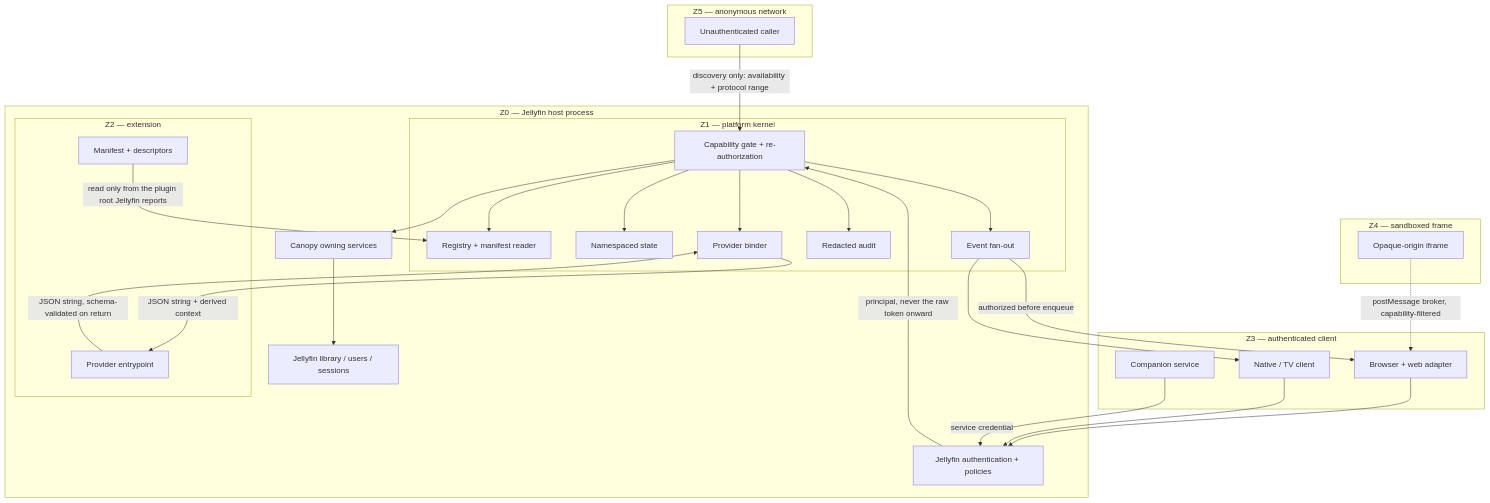
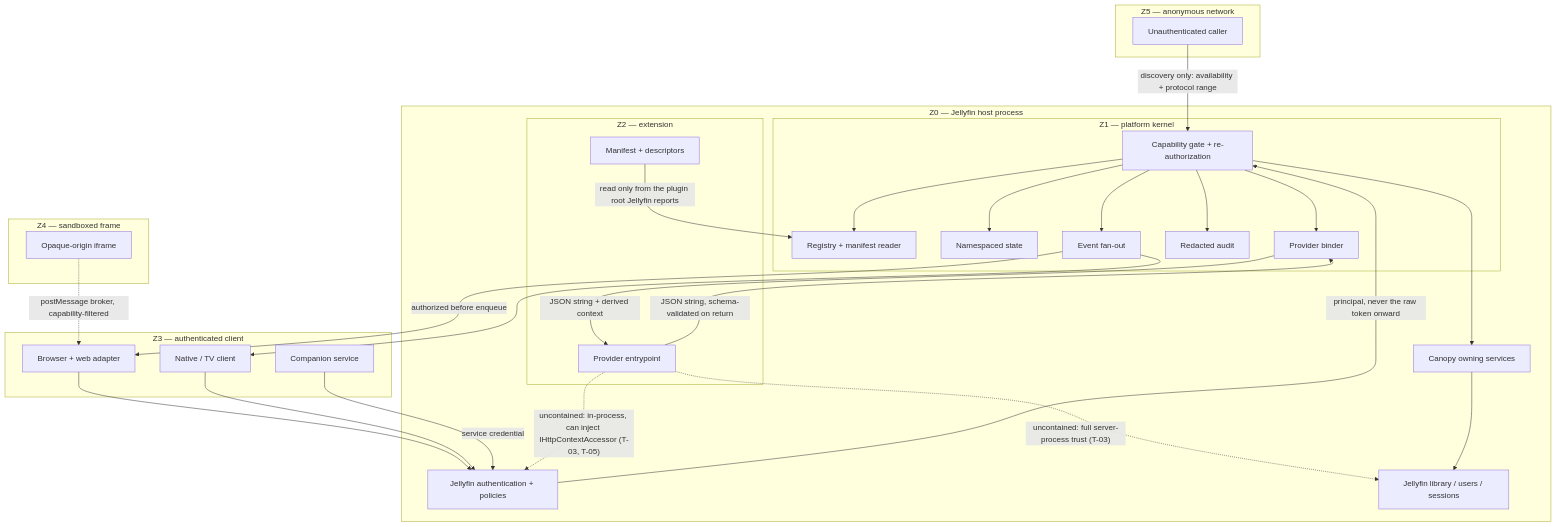
Before and after one commit to 4eh5xitv6787h645ebv/Jellyfin-Canopy: the diagram in research/extension-platform/threat-model.md, drawn with Mermaid. The commit also changed other lines of this file and 18 other files, not shown here.

First line of the commit message:
research: resolve adversarial architecture review findings

````diff
--- a/research/extension-platform/threat-model.md
+++ b/research/extension-platform/threat-model.md
@@ -24,50 +24,52 @@
 ```mermaid
 flowchart TB
   subgraph Z5["Z5 — anonymous network"]
     ANON["Unauthenticated caller"]
   end
   subgraph Z3["Z3 — authenticated client"]
     WEB["Browser + web adapter"]
     NATIVE["Native / TV client"]
     SVC["Companion service"]
   end
   subgraph Z4["Z4 — sandboxed frame"]
     FRAME["Opaque-origin iframe"]
   end
   subgraph Z0["Z0 — Jellyfin host process"]
     AUTH["Jellyfin authentication + policies"]
     subgraph Z1["Z1 — platform kernel"]
       GATE["Capability gate + re-authorization"]
       REG["Registry + manifest reader"]
       STORE["Namespaced state"]
       EVENTS["Event fan-out"]
       AUDIT["Redacted audit"]
       BIND["Provider binder"]
     end
     OWN["Canopy owning services"]
     JF["Jellyfin library / users / sessions"]
     subgraph Z2["Z2 — extension"]
       MAN["Manifest + descriptors"]
       PROV["Provider entrypoint"]
     end
   end
 
   ANON -->|"discovery only: availability + protocol range"| GATE
   WEB --> AUTH
   NATIVE --> AUTH
   SVC -->|"service credential"| AUTH
   AUTH -->|"principal, never the raw token onward"| GATE
   FRAME -.->|"postMessage broker, capability-filtered"| WEB
   GATE --> REG
   GATE --> STORE
   GATE --> EVENTS
   GATE --> BIND
   GATE --> AUDIT
   BIND -->|"JSON string + derived context"| PROV
   PROV -->|"JSON string, schema-validated on return"| BIND
   MAN -->|"read only from the plugin root Jellyfin reports"| REG
+  PROV -.->|"uncontained: in-process, can inject IHttpContextAccessor (T-03, T-05)"| AUTH
+  PROV -.->|"uncontained: full server-process trust (T-03)"| JF
   GATE --> OWN
   OWN --> JF
   EVENTS -->|"authorized before enqueue"| WEB
   EVENTS --> NATIVE
 ```
````
